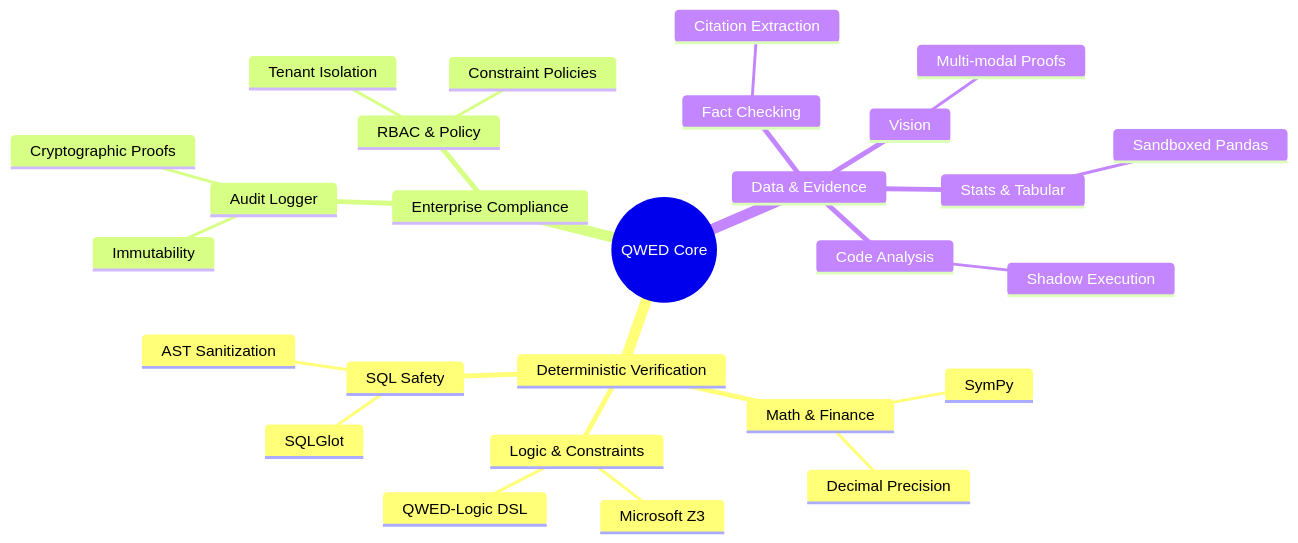
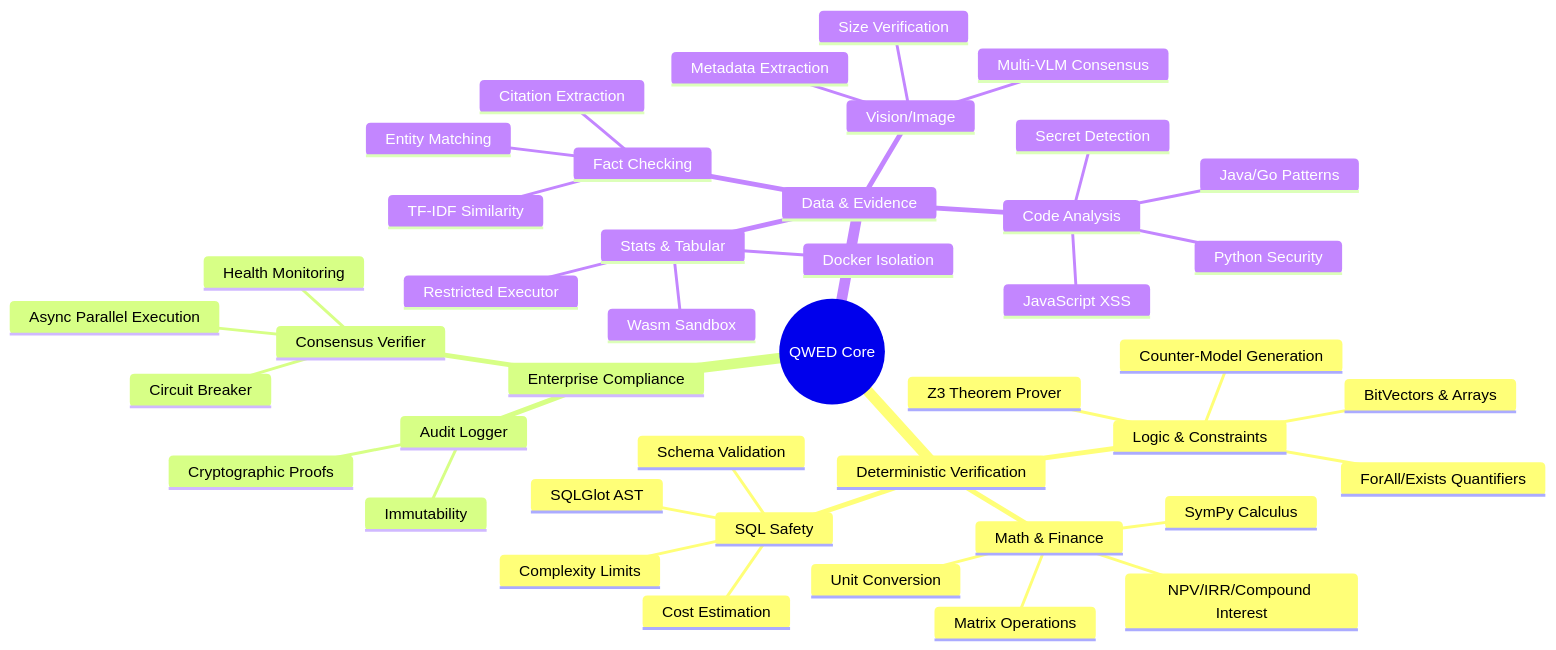
One commit to QWED-AI/qwed-verification changed the second of 3 diagrams in docs/ARCHITECTURE.md. Above: the diagram before and after it, drawn with Mermaid. The commit also changed other lines of this file and 1 other file, not shown here.

Commit message:
docs: Update README and architecture with new engine capabilities (v2.0)

````diff
--- a/docs/ARCHITECTURE.md
+++ b/docs/ARCHITECTURE.md
@@ -39,30 +39,46 @@
 ```mermaid
 mindmap
   root((QWED Core))
     Deterministic Verification
       Math & Finance
-        SymPy
-        Decimal Precision
+        SymPy Calculus
+        Matrix Operations
+        NPV/IRR/Compound Interest
+        Unit Conversion
       Logic & Constraints
-        Microsoft Z3
-        QWED-Logic DSL
+        Z3 Theorem Prover
+        ForAll/Exists Quantifiers
+        BitVectors & Arrays
+        Counter-Model Generation
       SQL Safety
-        SQLGlot
-        AST Sanitization
+        SQLGlot AST
+        Complexity Limits
+        Cost Estimation
+        Schema Validation
     Enterprise Compliance
       Audit Logger
         Cryptographic Proofs
         Immutability
-      RBAC & Policy
-        Tenant Isolation
-        Constraint Policies
+      Consensus Verifier
+        Async Parallel Execution
+        Circuit Breaker
+        Health Monitoring
     Data & Evidence
       Stats & Tabular
-        Sandboxed Pandas
+        Wasm Sandbox
+        Docker Isolation
+        Restricted Executor
       Fact Checking
+        TF-IDF Similarity
+        Entity Matching
         Citation Extraction
       Code Analysis
-        Shadow Execution
-      Vision
-        Multi-modal Proofs
+        Python Security
+        JavaScript XSS
+        Java/Go Patterns
+        Secret Detection
+      Vision/Image
+        Metadata Extraction
+        Size Verification
+        Multi-VLM Consensus
 ```
````
